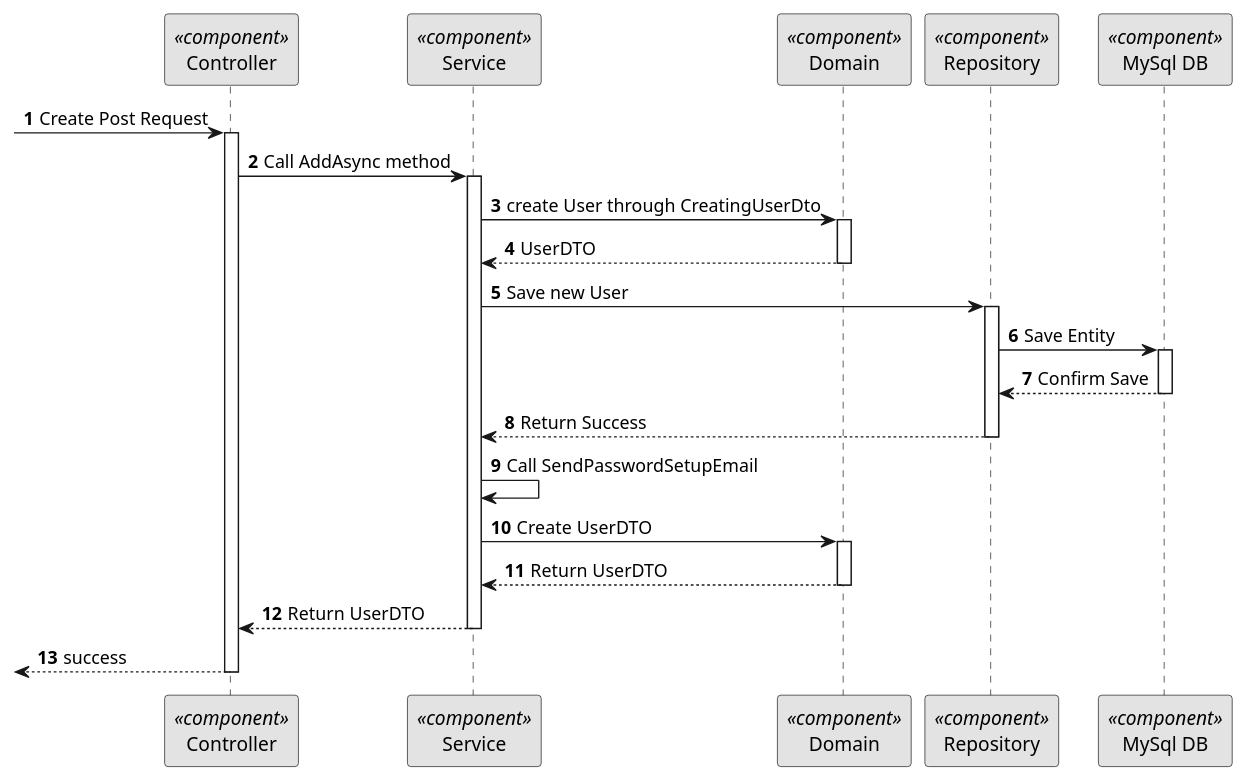
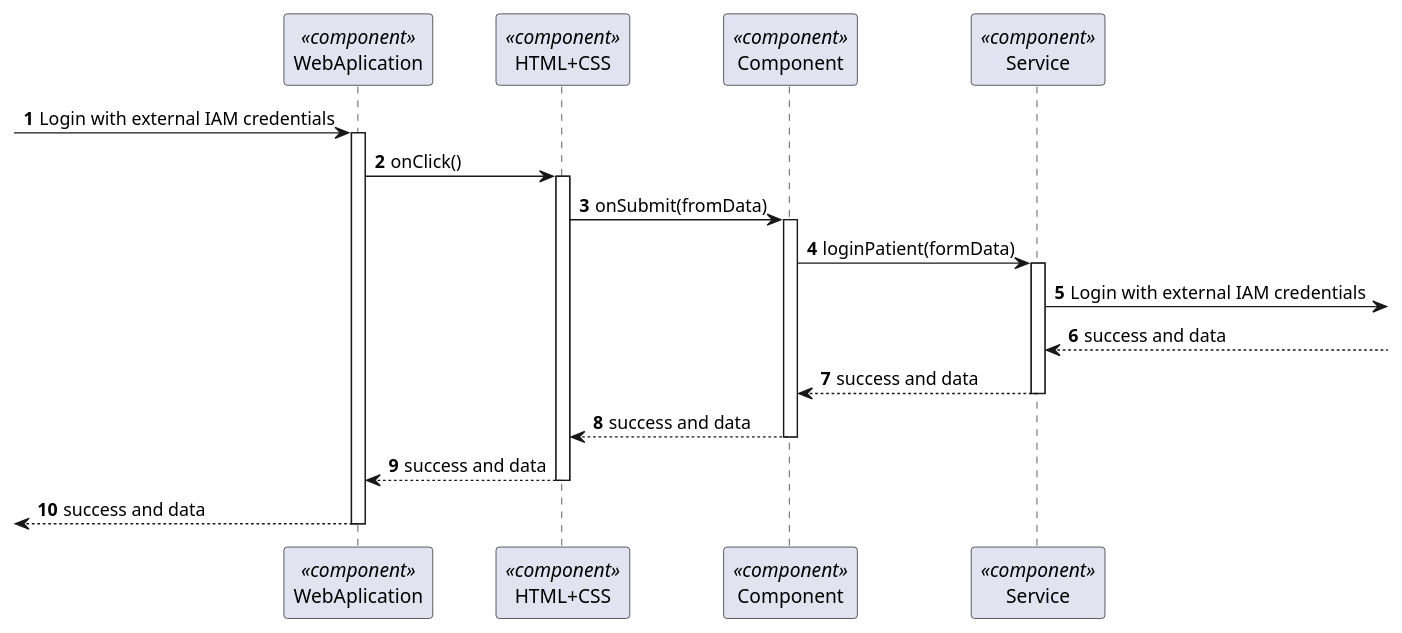
One commit to Ana-Miguel-Silva/SurgicalAppointmentAndResourceManagement changed the diagram in docs/BackofficeModule/6.2.5/sequence-diagram-3.puml. Above: the diagram before and after it, drawn with PlantUML. The commit also changed 27 other files, not shown here.

```diff
--- a/docs/BackofficeModule/6.2.5/sequence-diagram-3.puml
+++ b/docs/BackofficeModule/6.2.5/sequence-diagram-3.puml
@@ -1,58 +1,47 @@
-@startuml 5.1.1
-skinparam monochrome true
+@startuml 5.1.3
 skinparam packageStyle rectangle
 skinparam shadowing false
 
 autonumber
 
-participant "Controller" as CTRL <<component>>
+participant "WebAplication" as FE <<component>>
+participant "HTML+CSS" as HT <<component>>
+participant "Component" as CM <<component>>
 participant "Service" as SERV <<component>>
-participant "Domain" as DOM <<component>>
-participant "Repository" as REPO <<component>>
-participant "MySql DB" as BDD <<component>>
-
-
-
- -> CTRL : Create Post Request
-activate CTRL
-CTRL -> SERV: Call AddAsync method
-
-activate SERV
-SERV -> DOM: create User through CreatingUserDto
-
-activate DOM
-DOM --> SERV : UserDTO
-deactivate DOM
-
-SERV -> REPO : Save new User
-activate REPO
-
-REPO -> BDD : Save Entity
-activate BDD
-
-BDD --> REPO : Confirm Save
-deactivate BDD
-
-REPO --> SERV : Return Success
-deactivate REPO
-
-SERV -> SERV : Call SendPasswordSetupEmail
-
-SERV -> DOM : Create UserDTO
-activate DOM
-
-DOM --> SERV : Return UserDTO
-deactivate DOM
-SERV --> CTRL : Return UserDTO
-
-
-deactivate SERV
-<-- CTRL : success
-
-deactivate CTRL
 
 
 
 
 
+-> FE : Login with external IAM credentials
+activate FE
+
+FE -> HT : onClick()
+activate HT
+
+HT -> CM : onSubmit(fromData)
+activate CM
+
+CM -> SERV : loginPatient(formData)
+activate SERV
+
+SERV -> : Login with external IAM credentials
+
+ SERV <--: success and data
+
+
+ SERV--> CM : success and data
+
+deactivate  SERV
+
+ CM --> HT : success and data
+  deactivate CM
+ HT --> FE : success and data
+
+deactivate HT
+
+
+<-- FE   : success and data
+deactivate FE
+
 @enduml
```
